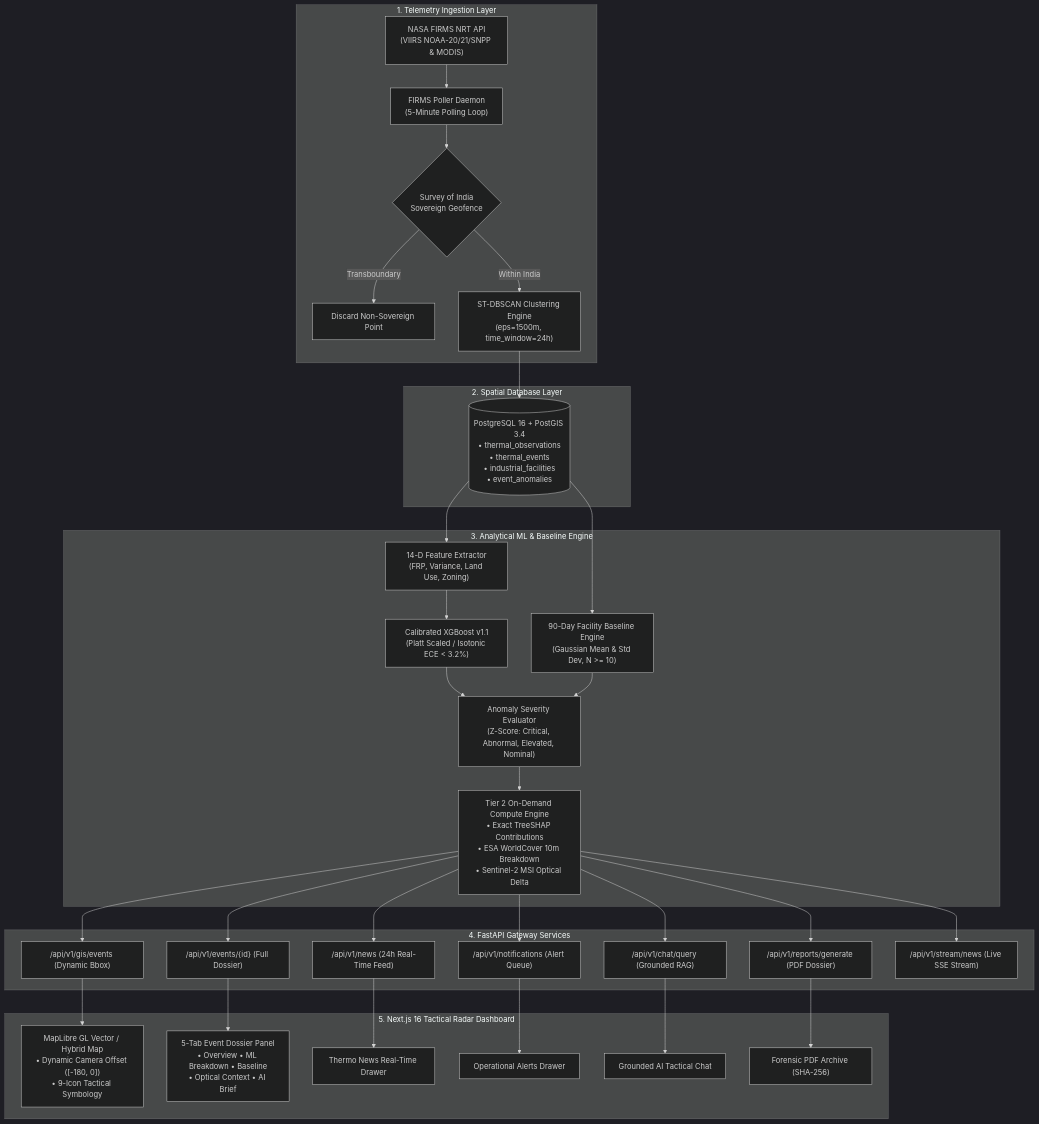
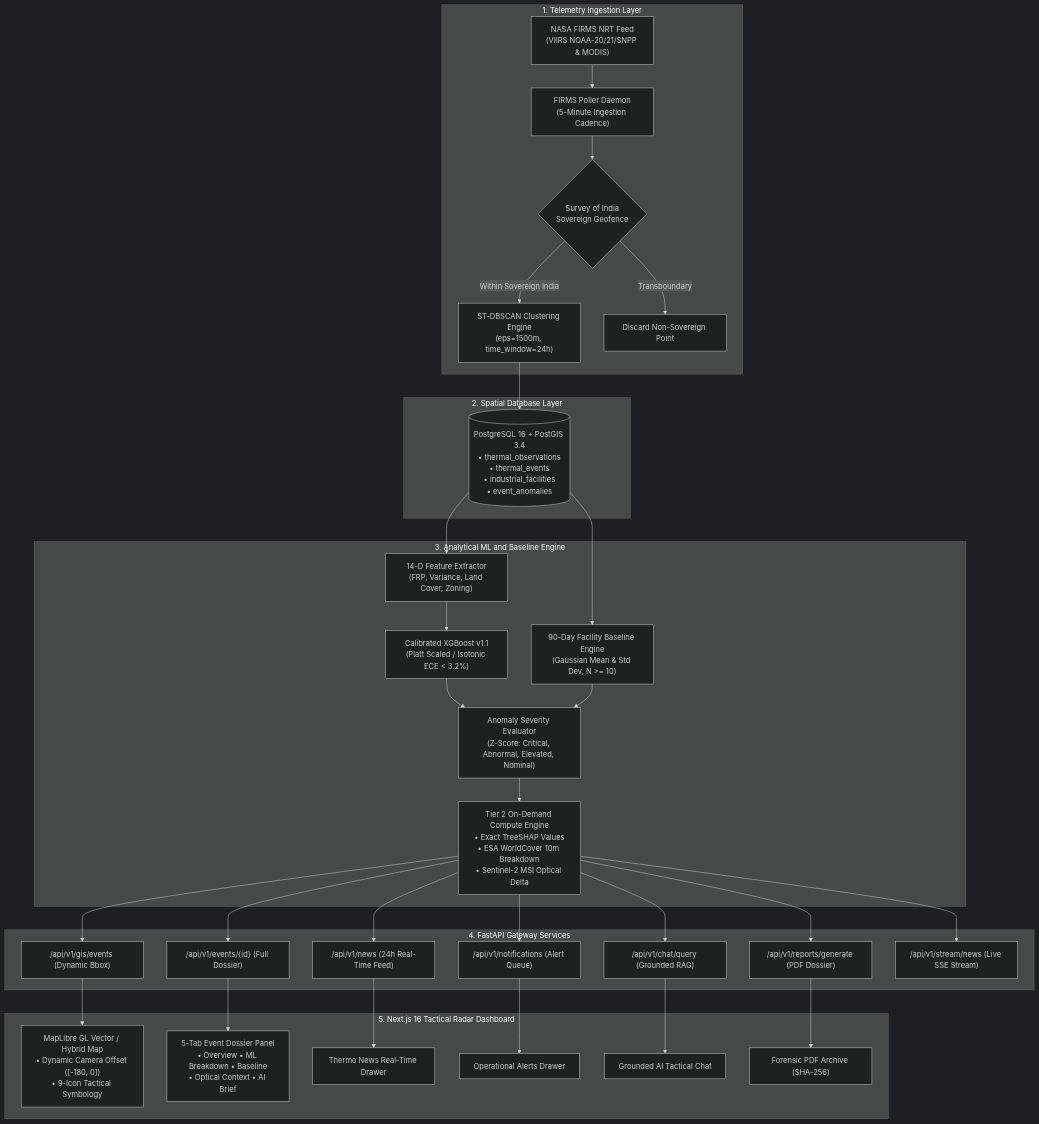
One commit to sharancode3/ThermoTrace-AI changed the diagram in README.md. Above: the diagram before and after it, drawn with Mermaid (dark theme). The commit also changed other lines of this file, not shown here.

````diff
--- a/README.md
+++ b/README.md
@@ -147,41 +113,41 @@
 ```mermaid
 flowchart TD
     subgraph INGESTION["1. Telemetry Ingestion Layer"]
-        FIRMS["NASA FIRMS NRT API<br/>(VIIRS NOAA-20/21/SNPP & MODIS)"] --> DAEMON["FIRMS Poller Daemon<br/>(5-Minute Polling Loop)"]
+        FIRMS["NASA FIRMS NRT Feed<br/>(VIIRS NOAA-20/21/SNPP & MODIS)"] --> DAEMON["FIRMS Poller Daemon<br/>(5-Minute Ingestion Cadence)"]
         DAEMON --> GEOFENCE{"Survey of India<br/>Sovereign Geofence"}
+        GEOFENCE -->|Within Sovereign India| ST_DBSCAN["ST-DBSCAN Clustering Engine<br/>(eps=1500m, time_window=24h)"]
         GEOFENCE -->|Transboundary| DISCARD["Discard Non-Sovereign Point"]
-        GEOFENCE -->|Within India| ST_DBSCAN["ST-DBSCAN Clustering Engine<br/>(eps=1500m, time_window=24h)"]
     end
 
-    subgraph STORAGE["2. Spatial Database Layer"]
+    subgraph DATABASE["2. Spatial Database Layer"]
         ST_DBSCAN --> POSTGIS[("PostgreSQL 16 + PostGIS 3.4<br/>• thermal_observations<br/>• thermal_events<br/>• industrial_facilities<br/>• event_anomalies")]
     end
 
-    subgraph ANALYTICS["3. Analytical ML & Baseline Engine"]
-        POSTGIS --> FEAT_ENG["14-D Feature Extractor<br/>(FRP, Variance, Land Use, Zoning)"]
+    subgraph ANALYTICS["3. Analytical ML and Baseline Engine"]
+        POSTGIS --> FEAT_ENG["14-D Feature Extractor<br/>(FRP, Variance, Land Cover, Zoning)"]
         FEAT_ENG --> XGB["Calibrated XGBoost v1.1<br/>(Platt Scaled / Isotonic ECE < 3.2%)"]
         POSTGIS --> BASELINE["90-Day Facility Baseline Engine<br/>(Gaussian Mean & Std Dev, N >= 10)"]
         XGB --> ANOM_EVAL["Anomaly Severity Evaluator<br/>(Z-Score: Critical, Abnormal, Elevated, Nominal)"]
         BASELINE --> ANOM_EVAL
-        ANOM_EVAL --> TIER2["Tier 2 On-Demand Compute Engine<br/>• Exact TreeSHAP Contributions<br/>• ESA WorldCover 10m Breakdown<br/>• Sentinel-2 MSI Optical Delta"]
+        ANOM_EVAL --> TIER2["Tier 2 On-Demand Compute Engine<br/>• Exact TreeSHAP Values<br/>• ESA WorldCover 10m Breakdown<br/>• Sentinel-2 MSI Optical Delta"]
     end
 
-    subgraph API_GATEWAY["4. FastAPI Gateway Services"]
+    subgraph API["4. FastAPI Gateway Services"]
         TIER2 --> API_GIS["/api/v1/gis/events (Dynamic Bbox)"]
         TIER2 --> API_EVT["/api/v1/events/{id} (Full Dossier)"]
         TIER2 --> API_NEWS["/api/v1/news (24h Real-Time Feed)"]
         TIER2 --> API_NOTIF["/api/v1/notifications (Alert Queue)"]
         TIER2 --> API_RPT["/api/v1/reports/generate (PDF Dossier)"]
         TIER2 --> API_CHAT["/api/v1/chat/query (Grounded RAG)"]
         TIER2 --> API_SSE["/api/v1/stream/news (Live SSE Stream)"]
     end
 
     subgraph FRONTEND["5. Next.js 16 Tactical Radar Dashboard"]
         API_GIS --> MAP["MapLibre GL Vector / Hybrid Map<br/>• Dynamic Camera Offset ([-180, 0])<br/>• 9-Icon Tactical Symbology"]
         API_EVT --> DOSSIER["5-Tab Event Dossier Panel<br/>• Overview • ML Breakdown • Baseline<br/>• Optical Context • AI Brief"]
         API_NEWS --> NEWS_DRAWER["Thermo News Real-Time Drawer"]
         API_NOTIF --> ALERTS_DRAWER["Operational Alerts Drawer"]
         API_CHAT --> CHAT_DRAWER["Grounded AI Tactical Chat"]
         API_RPT --> REPORT_ARCHIVE["Forensic PDF Archive (SHA-256)"]
     end
 ```
````
